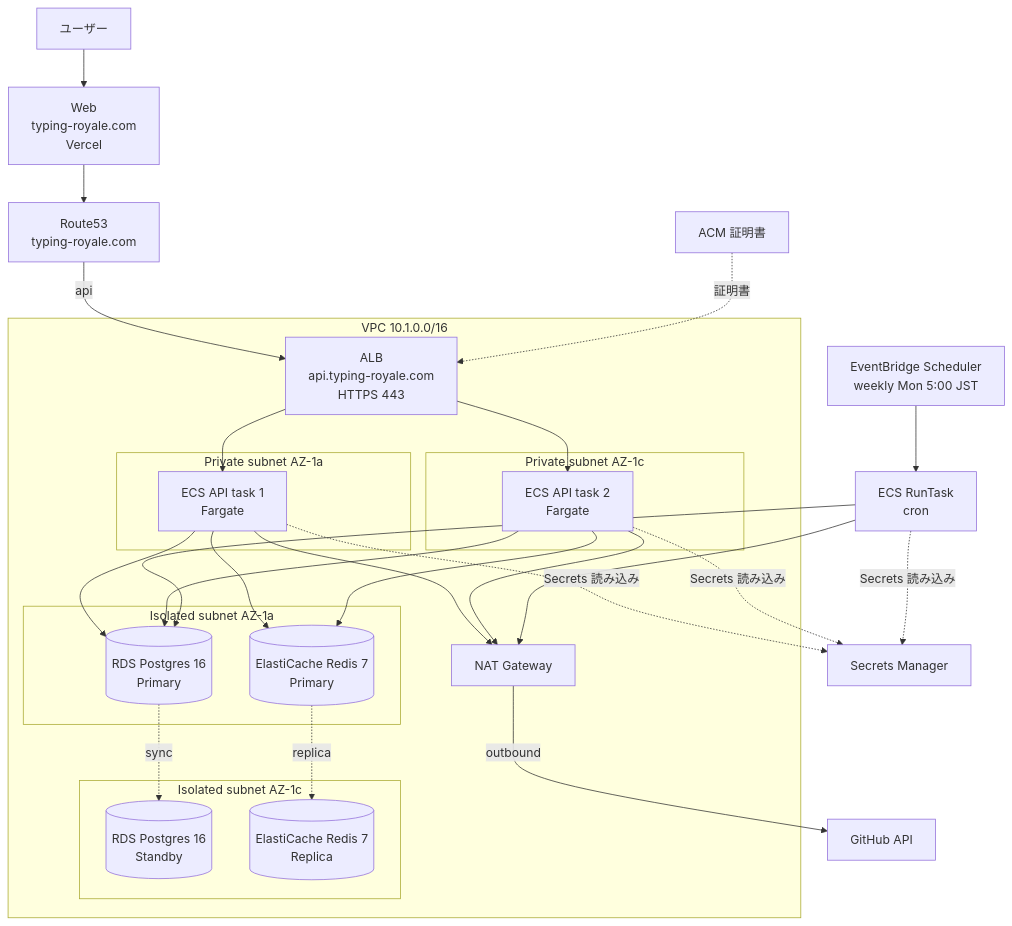
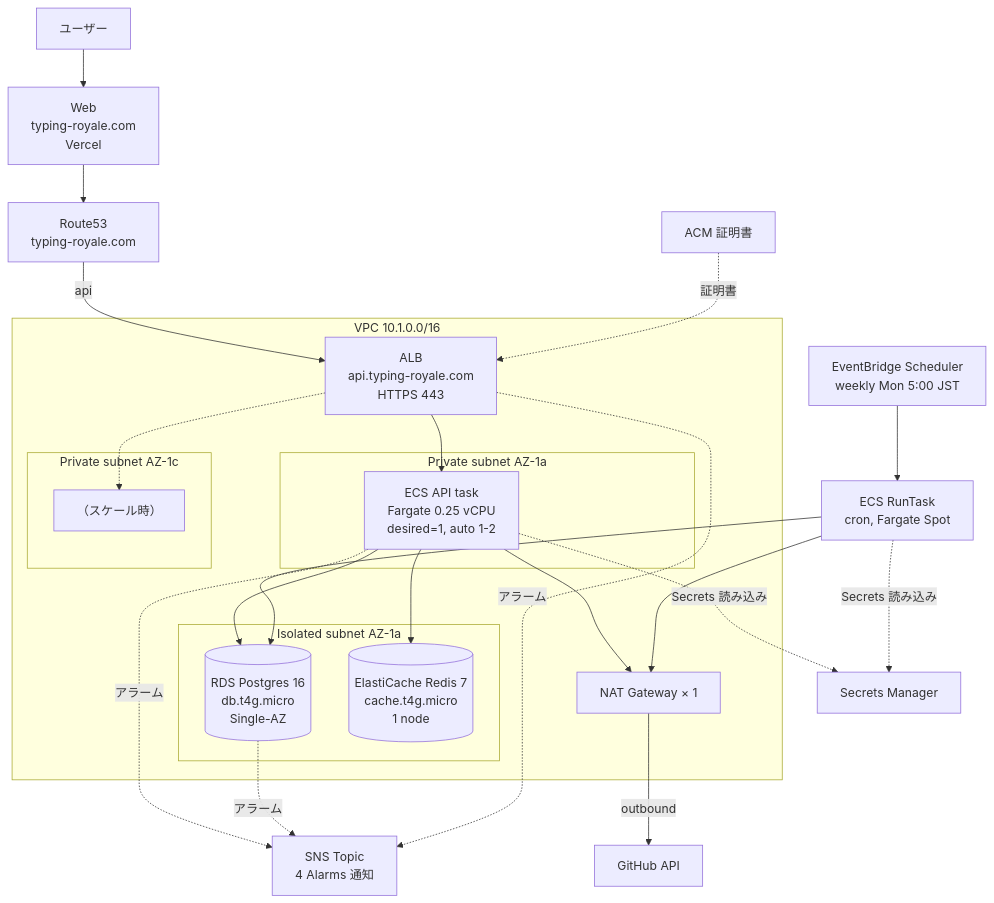
One commit to kentakki416/typing-royale changed the first of 2 diagrams in docs/spec/terraform-prd/README.md. Above: the diagram before and after it, drawn with Mermaid. The commit also changed other lines of this file and 1 other file, not shown here.

````diff
--- a/docs/spec/terraform-prd/README.md
+++ b/docs/spec/terraform-prd/README.md
@@ -430,64 +514,56 @@
 ```mermaid
 flowchart TB
     User[ユーザー]
     Web[Web<br/>typing-royale.com<br/>Vercel]
     R53[Route53<br/>typing-royale.com]
     ACM[ACM 証明書]
 
     subgraph VPC["VPC 10.1.0.0/16"]
         ALB[ALB<br/>api.typing-royale.com<br/>HTTPS 443]
 
         subgraph PrivateAZ1["Private subnet AZ-1a"]
-            ECSAPI1[ECS API task 1<br/>Fargate]
+            ECSAPI[ECS API task<br/>Fargate 0.25 vCPU<br/>desired=1, auto 1-2]
         end
 
         subgraph PrivateAZ2["Private subnet AZ-1c"]
-            ECSAPI2[ECS API task 2<br/>Fargate]
+            ECSAPIAlt[（スケール時）]
         end
 
         subgraph IsolatedAZ1["Isolated subnet AZ-1a"]
-            RDS1[(RDS Postgres 16<br/>Primary)]
-            REDIS1[(ElastiCache Redis 7<br/>Primary)]
+            RDS1[(RDS Postgres 16<br/>db.t4g.micro<br/>Single-AZ)]
+            REDIS1[(ElastiCache Redis 7<br/>cache.t4g.micro<br/>1 node)]
         end
 
-        subgraph IsolatedAZ2["Isolated subnet AZ-1c"]
-            RDS2[(RDS Postgres 16<br/>Standby)]
-            REDIS2[(ElastiCache Redis 7<br/>Replica)]
-        end
-
-        NAT[NAT Gateway]
+        NAT[NAT Gateway × 1]
     end
 
     Secrets[Secrets Manager]
     Scheduler[EventBridge Scheduler<br/>weekly Mon 5:00 JST]
-    CronTask[ECS RunTask<br/>cron]
+    CronTask[ECS RunTask<br/>cron, Fargate Spot]
     GH[GitHub API]
+    SNS[SNS Topic<br/>4 Alarms 通知]
 
     User --> Web
     Web --> R53
     R53 -->|api| ALB
     ACM -.->|証明書| ALB
 
-    ALB --> ECSAPI1
-    ALB --> ECSAPI2
+    ALB --> ECSAPI
+    ALB -.-> ECSAPIAlt
 
-    ECSAPI1 --> RDS1
-    ECSAPI2 --> RDS1
-    RDS1 -.->|sync| RDS2
-
-    ECSAPI1 --> REDIS1
-    ECSAPI2 --> REDIS1
-    REDIS1 -.->|replica| REDIS2
-
-    ECSAPI1 --> NAT
-    ECSAPI2 --> NAT
+    ECSAPI --> RDS1
+    ECSAPI --> REDIS1
+    ECSAPI --> NAT
     NAT -->|outbound| GH
 
-    ECSAPI1 -.->|Secrets 読み込み| Secrets
-    ECSAPI2 -.->|Secrets 読み込み| Secrets
+    ECSAPI -.->|Secrets 読み込み| Secrets
 
     Scheduler --> CronTask
     CronTask --> RDS1
     CronTask --> NAT
     CronTask -.->|Secrets 読み込み| Secrets
+
+    ECSAPI -.->|アラーム| SNS
+    RDS1 -.->|アラーム| SNS
+    ALB -.->|アラーム| SNS
 ```
````
